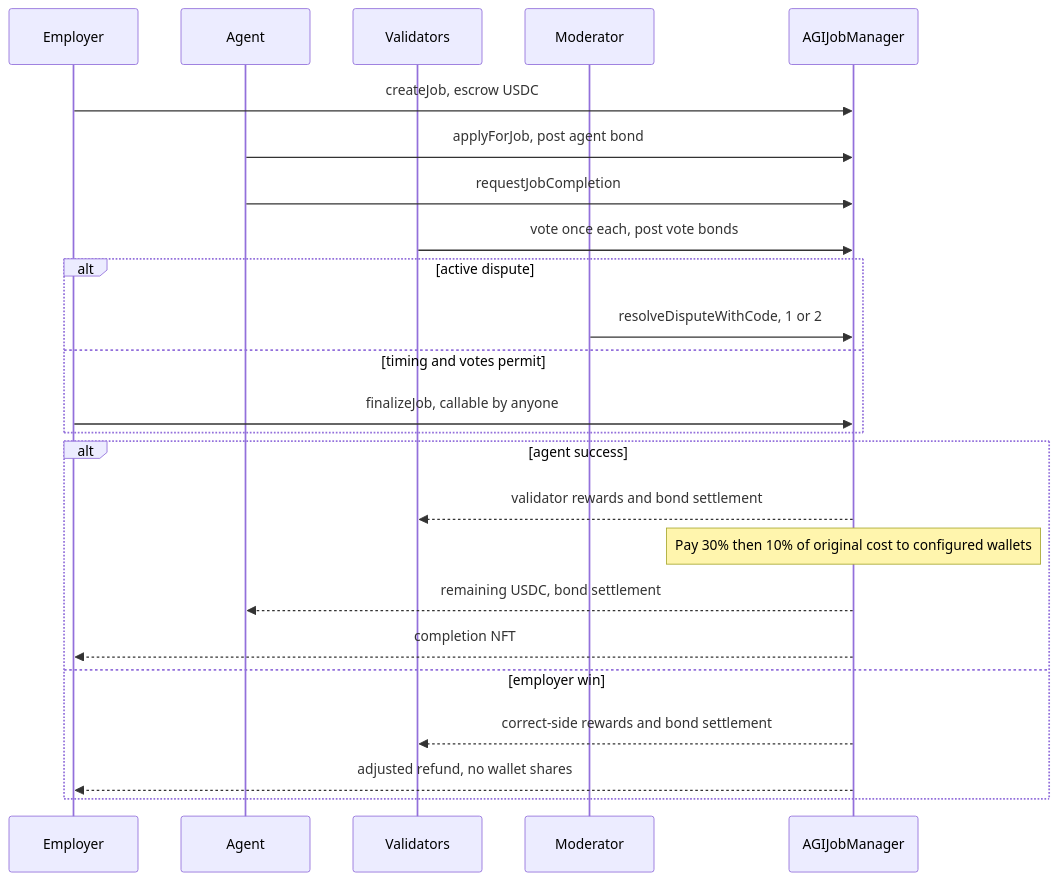
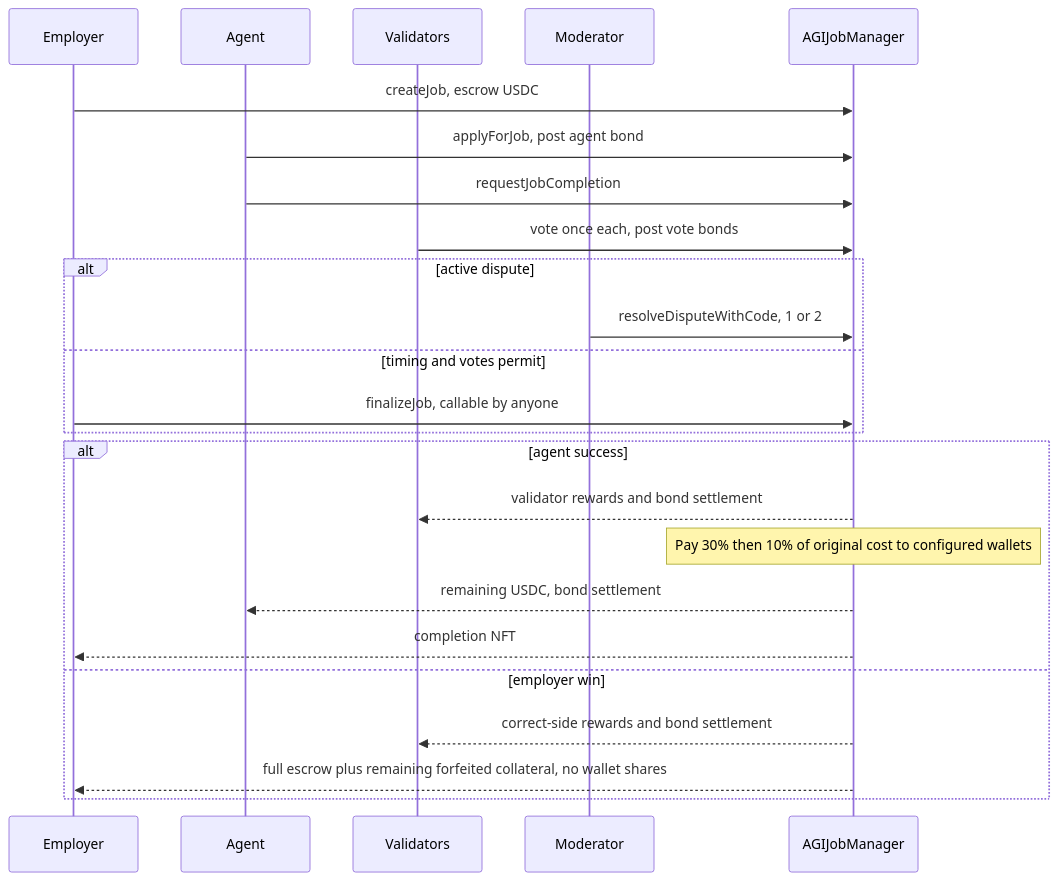
Before and after one commit to MontrealAI/AGIJobManager: the second of 2 diagrams in docs/CONTRACTS/AGIJobManager.md, drawn with Mermaid. The commit also changed other lines of this file and 119 other files, not shown here.

````diff
--- a/docs/CONTRACTS/AGIJobManager.md
+++ b/docs/CONTRACTS/AGIJobManager.md
@@ -47,27 +49,27 @@
 ```mermaid
 sequenceDiagram
   participant E as Employer
   participant A as Agent
   participant V as Validators
   participant M as Moderator
   participant C as AGIJobManager
 
   E->>C: createJob, escrow USDC
   A->>C: applyForJob, post agent bond
   A->>C: requestJobCompletion
   V->>C: vote once each, post vote bonds
   alt active dispute
     M->>C: resolveDisputeWithCode, 1 or 2
   else timing and votes permit
     E->>C: finalizeJob, callable by anyone
   end
   alt agent success
     C-->>V: validator rewards and bond settlement
     Note over C: Pay 30% then 10% of original cost to configured wallets
     C-->>A: remaining USDC, bond settlement
     C-->>E: completion NFT
   else employer win
     C-->>V: correct-side rewards and bond settlement
-    C-->>E: adjusted refund, no wallet shares
+    C-->>E: full escrow plus remaining forfeited collateral, no wallet shares
   end
 ```
````
